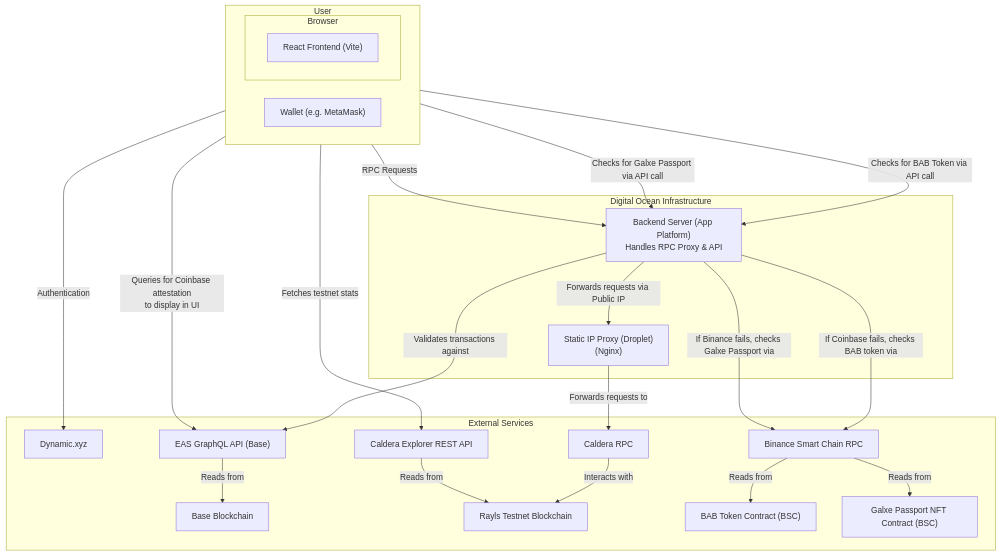
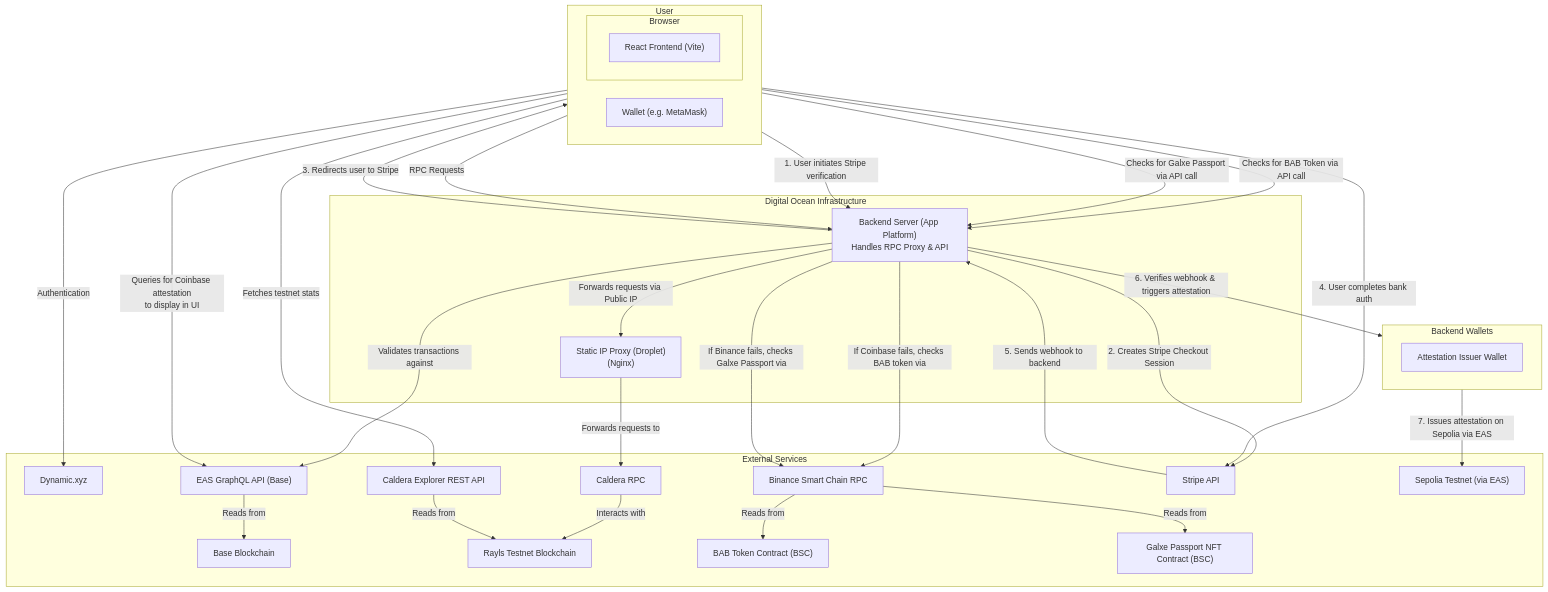
Before and after one commit to AlexJupiter/rayls-dapp: the diagram in README.md, drawn with Mermaid.

Commit message:
Stripe added to arch diagram

````diff
--- a/README.md
+++ b/README.md
@@ -24,44 +24,58 @@
 ```mermaid
 graph TD
     subgraph "User"
         direction LR
         subgraph "Browser"
             A["React Frontend (Vite)"]
         end
         H["Wallet (e.g. MetaMask)"]
     end
 
     subgraph "Digital&nbsp;Ocean&nbsp;Infrastructure"
         B["Backend Server (App Platform)<br/>Handles RPC Proxy & API"]
         P["Static IP Proxy (Droplet)<br/>(Nginx)"]
     end
 
     subgraph "External Services"
         C["Dynamic.xyz"]
         D["Caldera RPC"]
         E["EAS GraphQL API (Base)"]
         F["Base Blockchain"]
         G["Rayls Testnet Blockchain"]
         I["Caldera Explorer REST API"]
         J["Binance Smart Chain RPC"]
         K["BAB Token Contract (BSC)"]
         L["Galxe Passport NFT Contract (BSC)"]
+        M["Stripe API"]
+        N["Sepolia Testnet (via EAS)"]
+    end
+
+    subgraph "Backend Wallets"
+        direction LR
+        O["Attestation Issuer Wallet"]
     end
 
     A -- "Authentication" --> C;
     A -- "Queries for Coinbase attestation<br/>to display in UI" --> E;
-    A -- "Checks for BAB Token via API call" --> B
-    A -- "Checks for Galxe Passport via API call" --> B
+    A -- "Checks for BAB Token via API call" --> B;
+    A -- "Checks for Galxe Passport via API call" --> B;
     A -- "Fetches testnet stats" --> I;
+    A -- "1. User initiates Stripe verification" --> B;
+    B -- "2. Creates Stripe Checkout Session" --> M;
+    B -- "3. Redirects user to Stripe" --> A;
+    A -- "4. User completes bank auth" --> M;
+    M -- "5. Sends webhook to backend" --> B;
+    B -- "6. Verifies webhook & triggers attestation" --> O;
+    O -- "7. Issues attestation on Sepolia via EAS" --> N;
     H -- "RPC Requests" --> B;
     B -- "Forwards requests via Public IP" --> P;
     P -- "Forwards requests to" --> D;
     D -- "Interacts with" --> G;
     B -- "Validates transactions against" --> E;
-    B -- "If Coinbase fails, checks BAB token via" --> J
-    B -- "If Binance fails, checks Galxe Passport via" --> J
+    B -- "If Coinbase fails, checks BAB token via" --> J;
+    B -- "If Binance fails, checks Galxe Passport via" --> J;
     E -- "Reads from" --> F;
     I -- "Reads from" --> G;
     J -- "Reads from" --> K;
     J -- "Reads from" --> L;
 ```
````
